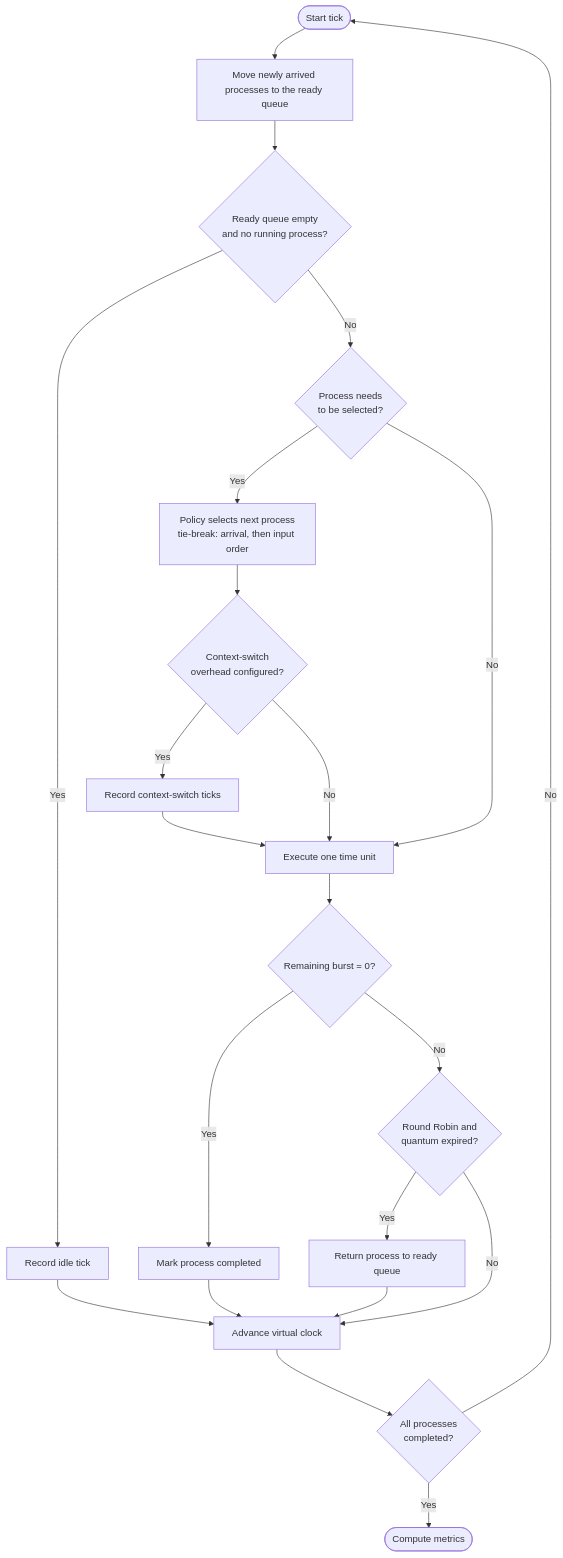
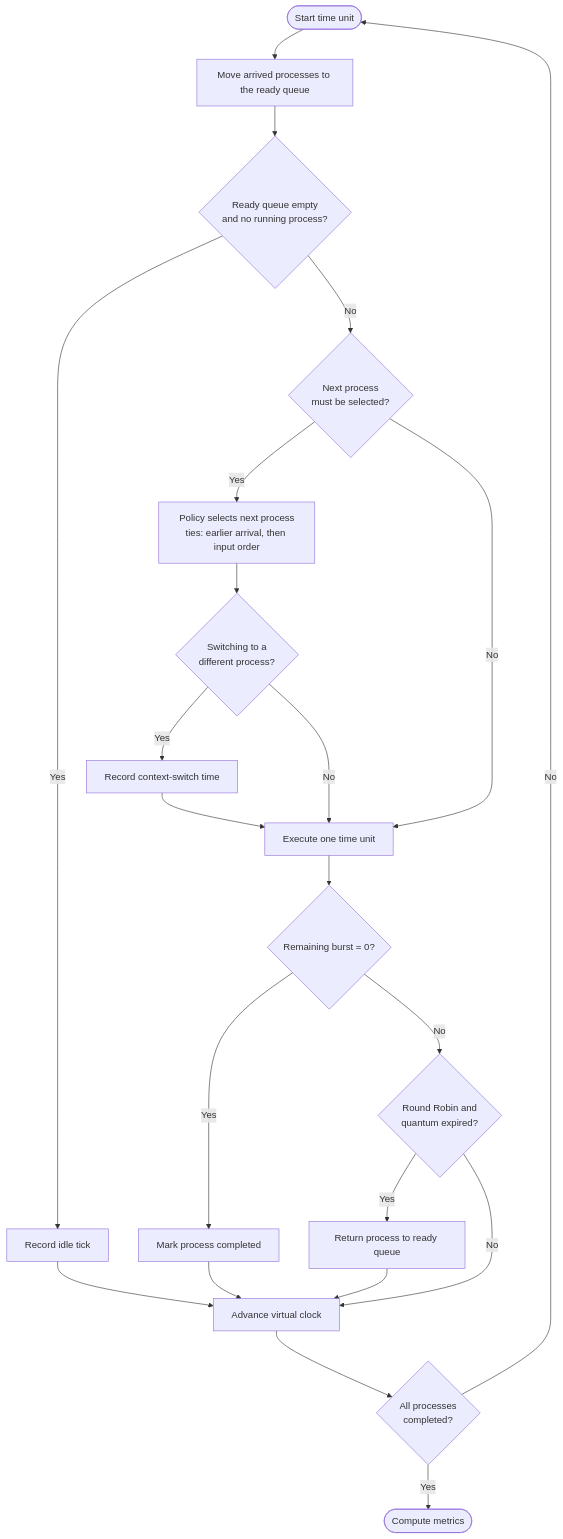
One commit to ahmedmedhat-se/cpu-process-scheduling-app changed the seventh of 9 diagrams in README.md. Above: the diagram before and after it, drawn with Mermaid. The commit also changed other lines of this file, not shown here.

Commit message:
docs: modifying README.md with OS concepts, architecture, and design decisions

````diff
--- a/README.md
+++ b/README.md
@@ -230,24 +236,24 @@
 ```mermaid
 flowchart TD
-    A([Start tick]) --> B[Move newly arrived processes to the ready queue]
+    A([Start time unit]) --> B[Move arrived processes to the ready queue]
     B --> C{Ready queue empty<br/>and no running process?}
     C -- Yes --> D[Record idle tick]
-    C -- No --> E{Process needs<br/>to be selected?}
-    E -- Yes --> F[Policy selects next process<br/>tie-break: arrival, then input order]
-    F --> G{Context-switch<br/>overhead configured?}
-    G -- Yes --> H[Record context-switch ticks]
+    C -- No --> E{Next process<br/>must be selected?}
+    E -- Yes --> F["Policy selects next process<br/>ties: earlier arrival, then input order"]
+    F --> G{Switching to a<br/>different process?}
+    G -- Yes --> H[Record context-switch time]
     G -- No --> I
     H --> I[Execute one time unit]
     E -- No --> I
     I --> J{Remaining burst = 0?}
     J -- Yes --> K[Mark process completed]
     J -- No --> L{Round Robin and<br/>quantum expired?}
     L -- Yes --> M[Return process to ready queue]
     L -- No --> N
     K --> N[Advance virtual clock]
     M --> N
     D --> N
     N --> O{All processes<br/>completed?}
     O -- No --> A
     O -- Yes --> P([Compute metrics])
 ```
````
